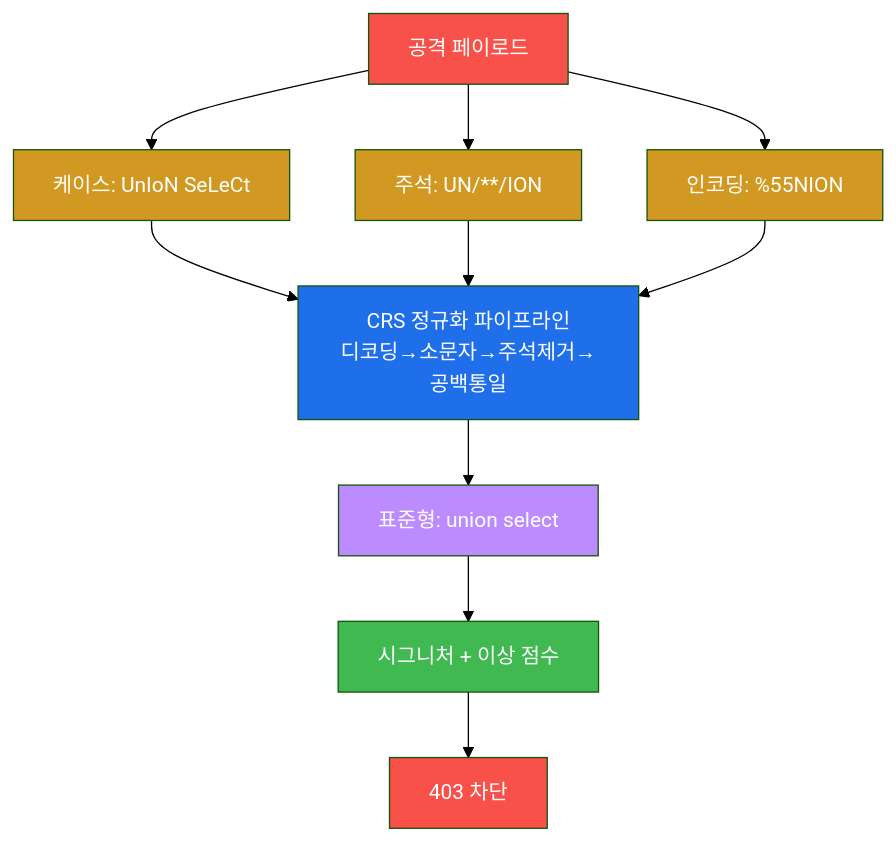
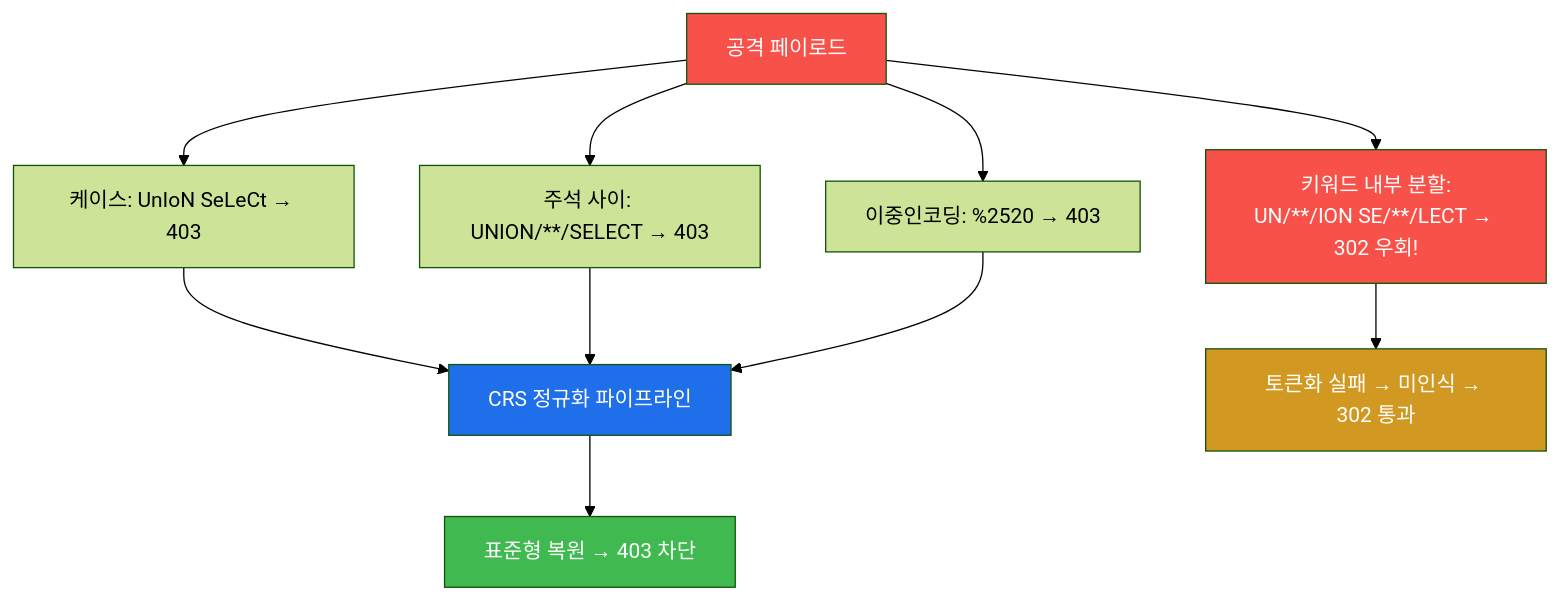
Before and after one commit to mrgrit/tw2: the third of 4 diagrams in contents/training/attack-adv/lecture_week03.md, drawn with Mermaid (forest theme). The commit also changed other lines of this file, not shown here.

First line of the commit message:
docs(attack-adv): W03 강의 골드 확장+팩트정정 (200→333줄) — 키워드사이(403) vs 키워드내부분할(302 우회) 정정·CRS 정규화 파이프라인·임의작명

````diff
--- a/contents/training/attack-adv/lecture_week03.md
+++ b/contents/training/attack-adv/lecture_week03.md
@@ -104,22 +173,19 @@
 ```mermaid
 graph TD
     PAY["공격 페이로드"]
-    PAY --> V1["케이스: UnIoN SeLeCt"]
-    PAY --> V2["주석: UN/**/ION"]
-    PAY --> V3["인코딩: %55NION"]
-    NORM["CRS 정규화 파이프라인<br/>디코딩→소문자→주석제거→공백통일"]
+    PAY --> V1["케이스: UnIoN SeLeCt → 403"]
+    PAY --> V2["주석 사이: UNION/**/SELECT → 403"]
+    PAY --> V3["이중인코딩: %2520 → 403"]
+    PAY --> V4["키워드 내부 분할:<br/>UN/**/ION SE/**/LECT → 302 우회!"]
+    NORM["CRS 정규화 파이프라인"]
     V1 --> NORM
     V2 --> NORM
     V3 --> NORM
-    NORM --> STD["표준형: union select"]
-    STD --> MATCH["시그니처 + 이상 점수"]
-    MATCH --> BLOCK["403 차단"]
+    NORM --> BLOCK["표준형 복원 → 403 차단"]
+    V4 --> EVADE["토큰화 실패 → 미인식 → 302 통과"]
     style PAY fill:#f85149,color:#fff
-    style V1 fill:#d29922,color:#fff
-    style V2 fill:#d29922,color:#fff
-    style V3 fill:#d29922,color:#fff
+    style V4 fill:#f85149,color:#fff
     style NORM fill:#1f6feb,color:#fff
-    style STD fill:#bc8cff,color:#fff
-    style MATCH fill:#3fb950,color:#fff
-    style BLOCK fill:#f85149,color:#fff
+    style BLOCK fill:#3fb950,color:#fff
+    style EVADE fill:#d29922,color:#fff
 ```
````
